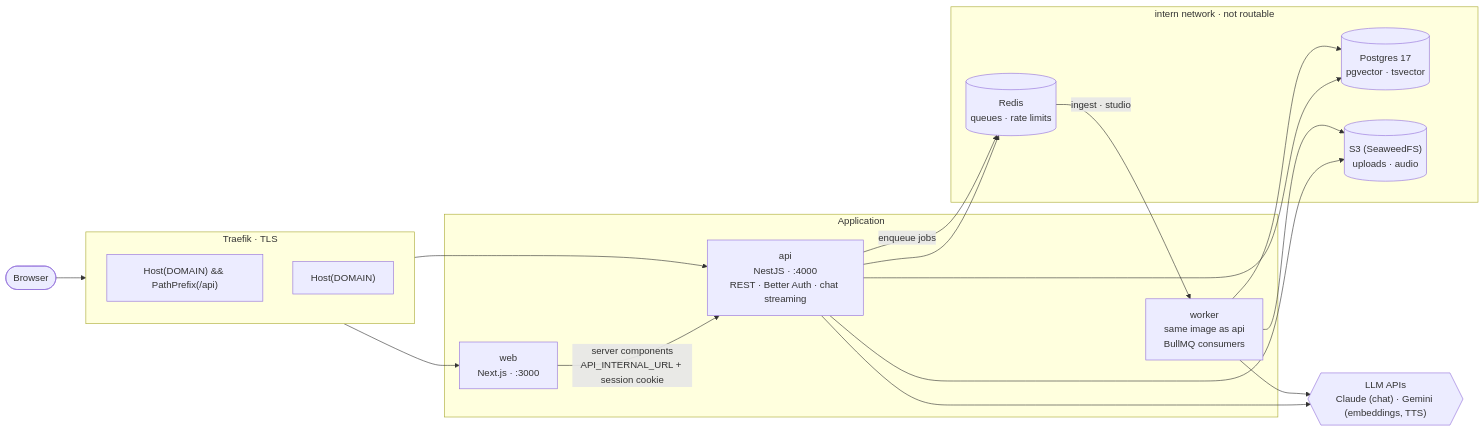
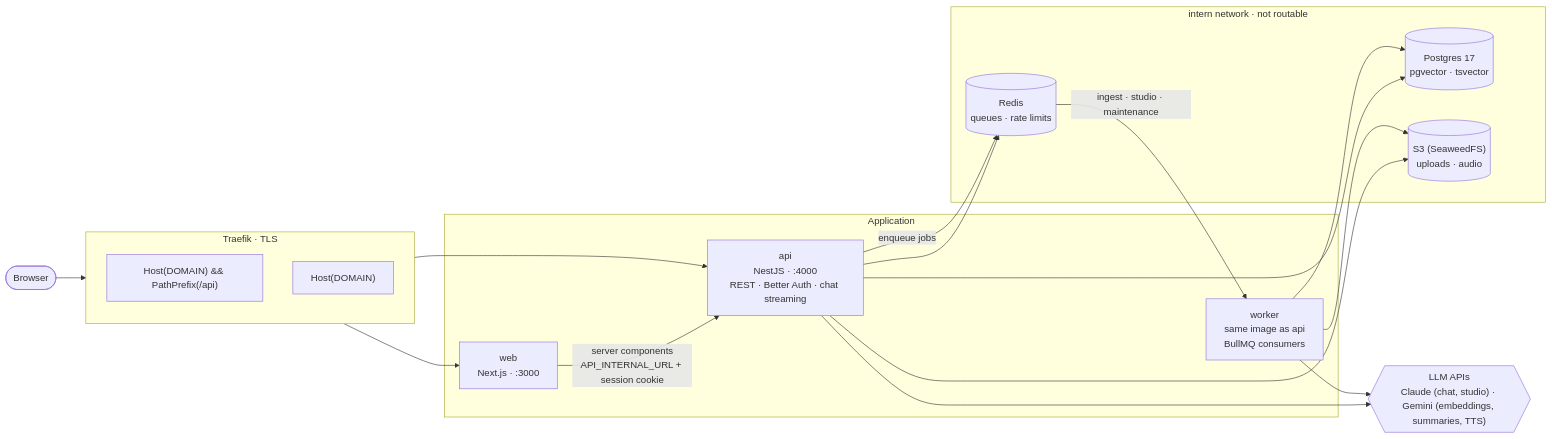
Before and after one commit to Thyrail/muninn: the first of 4 diagrams in docs/ARCHITECTURE.md, drawn with Mermaid. The commit also changed 1 other file, not shown here.

Commit message:
docs: rewrite readme for submission

````diff
--- a/docs/ARCHITECTURE.md
+++ b/docs/ARCHITECTURE.md
@@ -6,35 +6,35 @@
 ```mermaid
 flowchart LR
   browser([Browser])
 
   subgraph edge[Traefik · TLS]
     direction TB
     r_api["Host(DOMAIN) && PathPrefix(/api)"]
     r_web["Host(DOMAIN)"]
   end
 
   subgraph apps[Application]
     web["web<br/>Next.js · :3000"]
     api["api<br/>NestJS · :4000<br/>REST · Better Auth · chat streaming"]
     worker["worker<br/>same image as api<br/>BullMQ consumers"]
   end
 
   subgraph data[intern network · not routable]
     pg[("Postgres 17<br/>pgvector · tsvector")]
     redis[("Redis<br/>queues · rate limits")]
     s3[("S3 (SeaweedFS)<br/>uploads · audio")]
   end
 
-  llm{{"LLM APIs<br/>Claude (chat) · Gemini (embeddings, TTS)"}}
+  llm{{"LLM APIs<br/>Claude (chat, studio) · Gemini (embeddings, summaries, TTS)"}}
 
   browser --> edge
   r_api --> api
   r_web --> web
   web -- "server components<br/>API_INTERNAL_URL + session cookie" --> api
   api --> pg & redis & s3
   api -- "enqueue jobs" --> redis
-  redis -- "ingest · studio" --> worker
+  redis -- "ingest · studio · maintenance" --> worker
   worker --> pg & s3
   api --> llm
   worker --> llm
 ```
````
